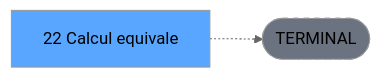
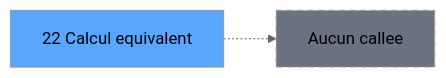
The third of 3 diagrams in .openspec/specs/ADH-IDE-22.md (thonyAGP/lecteur-magic), drawn with Mermaid (neutral theme) before and after one commit. The commit also changed other lines of this file and 96 other files, not shown here.

````diff
--- a/.openspec/specs/ADH-IDE-22.md
+++ b/.openspec/specs/ADH-IDE-22.md
@@ -135,8 +185,8 @@
 ```mermaid
 graph LR
-    T[22 Calcul equivale]
-    TERM([TERMINAL])
-    T -.-> TERM
-    style TERM fill:#6b7280,stroke-dasharray: 5 5
-    style T fill:#58a6ff,color:#000
+    T22[22 Calcul equivalent]
+    style T22 fill:#58a6ff
+    NONE[Aucun callee]
+    T22 -.-> NONE
+    style NONE fill:#6b7280,stroke-dasharray: 5 5
 ```
````
